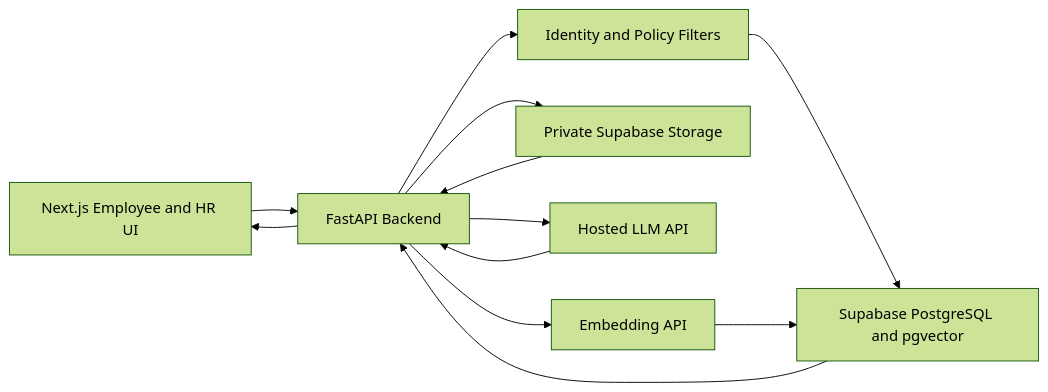
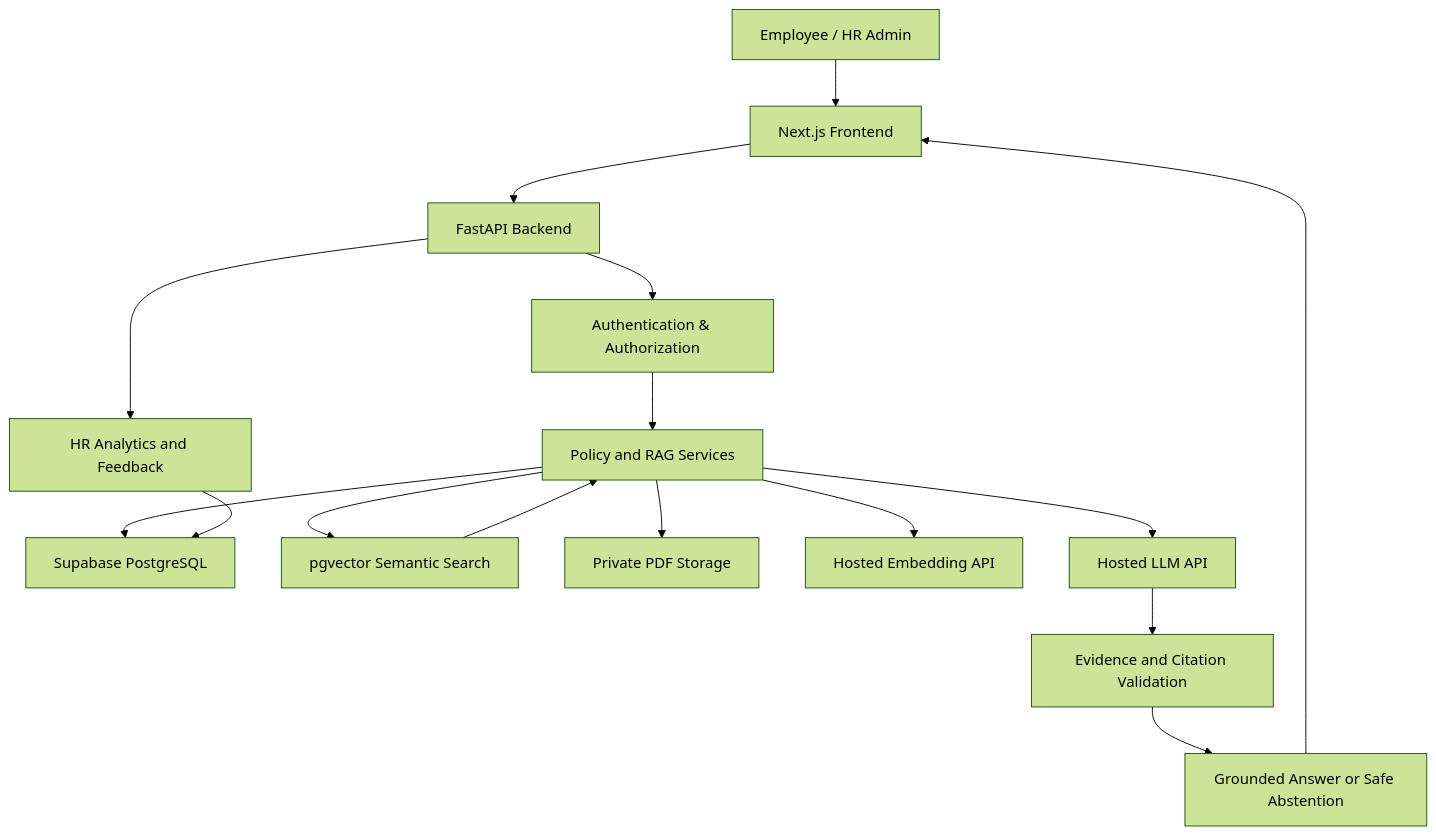
The first of 3 diagrams in Readme.md (nidhi041/PolicyPilot), drawn with Mermaid (forest theme) before and after one commit. The commit also changed other lines of this file, not shown here.

````diff
--- a/Readme.md
+++ b/Readme.md
@@ -124,14 +28,18 @@
 ```mermaid
-flowchart LR
-    A[Next.js Employee and HR UI] --> B[FastAPI Backend]
-    B --> C[Identity and Policy Filters]
-    C --> D[Supabase PostgreSQL and pgvector]
-    B --> E[Private Supabase Storage]
-    B --> F[Hosted LLM API]
-    B --> G[Embedding API]
-    D --> B
-    E --> B
-    F --> B
-    G --> D
-    B --> A
+flowchart TD
+    A[Employee / HR Admin] --> B[Next.js Frontend]
+    B --> C[FastAPI Backend]
+    C --> D[Authentication & Authorization]
+    D --> E[Policy and RAG Services]
+    E --> F[Supabase PostgreSQL]
+    E --> G[pgvector Semantic Search]
+    E --> H[Private PDF Storage]
+    E --> I[Hosted Embedding API]
+    E --> J[Hosted LLM API]
+    G --> E
+    J --> K[Evidence and Citation Validation]
+    K --> L[Grounded Answer or Safe Abstention]
+    L --> B
+    C --> M[HR Analytics and Feedback]
+    M --> F
 ```
````
